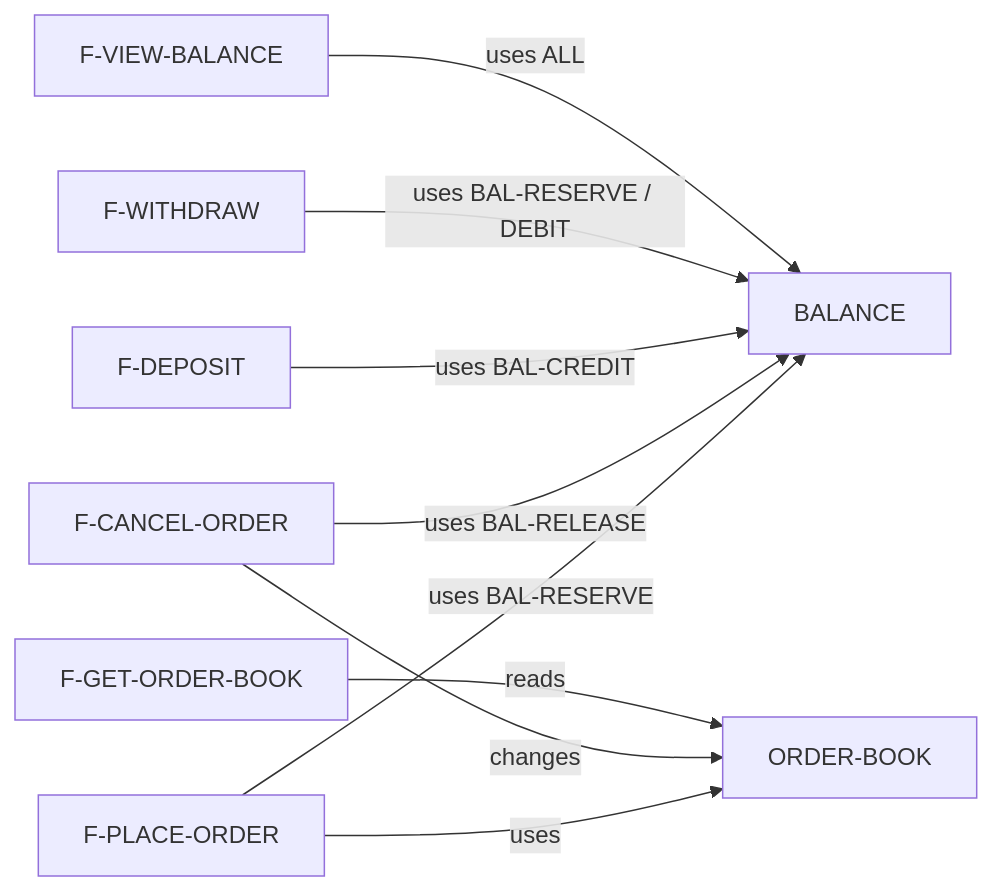
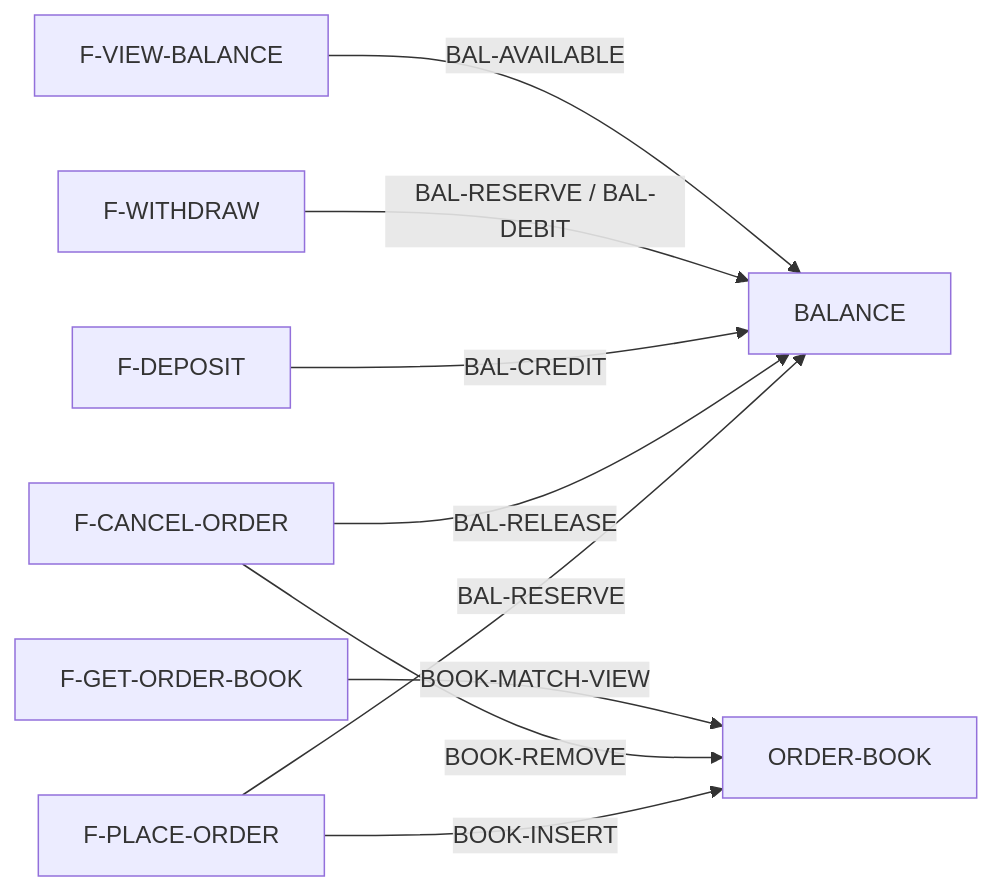
Before and after one commit to Kynderis/kidea: the diagram in cach_tao_dac_ta_nghiep_vu_voi_ai.md, drawn with Mermaid. The commit also changed other lines of this file and 1 other file, not shown here.

````diff
--- a/cach_tao_dac_ta_nghiep_vu_voi_ai.md
+++ b/cach_tao_dac_ta_nghiep_vu_voi_ai.md
@@ -398,12 +403,12 @@
 ```mermaid
 flowchart LR
-    PLACE["F-PLACE-ORDER"] -->|uses BAL-RESERVE| BAL["BALANCE"]
-    CANCEL["F-CANCEL-ORDER"] -->|uses BAL-RELEASE| BAL
-    DEPOSIT["F-DEPOSIT"] -->|uses BAL-CREDIT| BAL
-    WITHDRAW["F-WITHDRAW"] -->|uses BAL-RESERVE / DEBIT| BAL
-    VIEW["F-VIEW-BALANCE"] -->|uses ALL| BAL
+    PLACE["F-PLACE-ORDER"] -->|BAL-RESERVE| BAL["BALANCE"]
+    CANCEL["F-CANCEL-ORDER"] -->|BAL-RELEASE| BAL
+    DEPOSIT["F-DEPOSIT"] -->|BAL-CREDIT| BAL
+    WITHDRAW["F-WITHDRAW"] -->|BAL-RESERVE / BAL-DEBIT| BAL
+    VIEW["F-VIEW-BALANCE"] -->|BAL-AVAILABLE| BAL
 
-    PLACE -->|uses| BOOK["ORDER-BOOK"]
-    CANCEL -->|changes| BOOK
-    GETBOOK["F-GET-ORDER-BOOK"] -->|reads| BOOK
+    PLACE -->|BOOK-INSERT| BOOK["ORDER-BOOK"]
+    CANCEL -->|BOOK-REMOVE| BOOK
+    GETBOOK["F-GET-ORDER-BOOK"] -->|BOOK-MATCH-VIEW| BOOK
 ```
````
